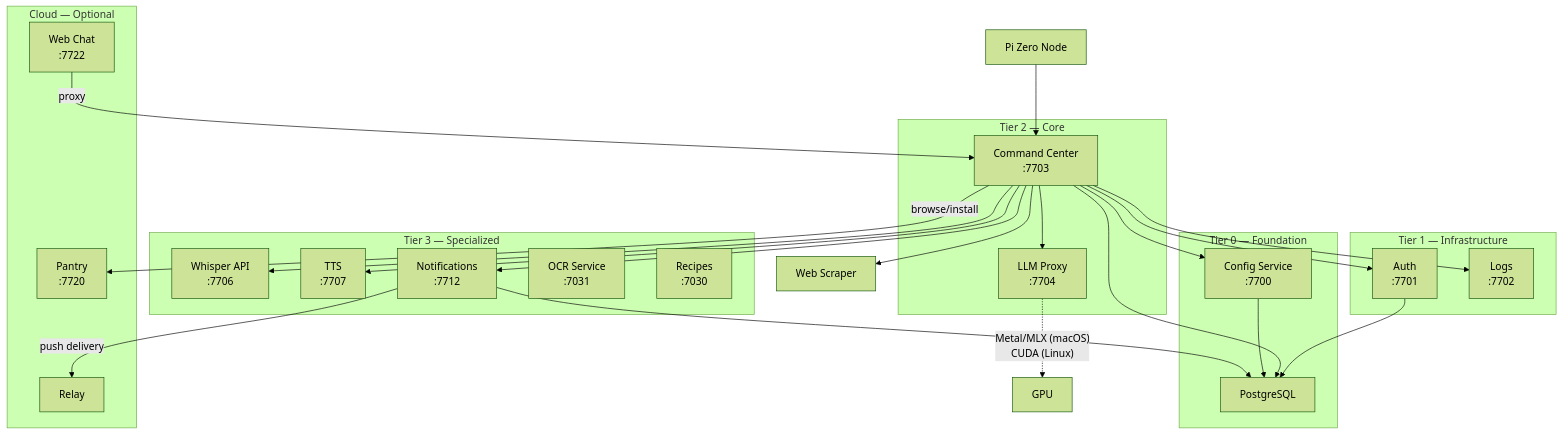
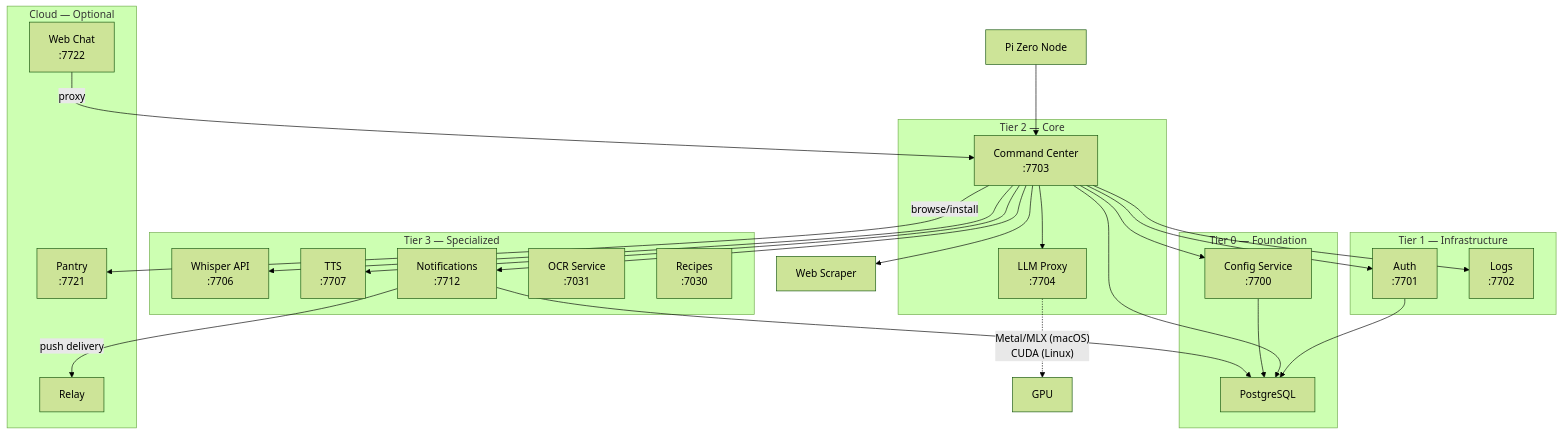
Before and after one commit to alexberardi/jarvis-docs: the first of 2 diagrams in docs/architecture/index.md, drawn with Mermaid (forest theme). The commit also changed other lines of this file and 49 other files, not shown here.

````diff
--- a/docs/architecture/index.md
+++ b/docs/architecture/index.md
@@ -7,52 +7,52 @@
 ```mermaid
 graph TD
     Node["Pi Zero Node"] --> CC["Command Center<br/>:7703"]
     CC --> Auth["Auth<br/>:7701"]
     CC --> Config["Config Service<br/>:7700"]
     CC --> Logs["Logs<br/>:7702"]
     CC --> LLM["LLM Proxy<br/>:7704"]
     CC --> Whisper["Whisper API<br/>:7706"]
     CC --> TTS["TTS<br/>:7707"]
     CC --> Notify["Notifications<br/>:7712"]
     CC --> Scraper["Web Scraper"]
 
     LLM -.->|"Metal/MLX (macOS)<br/>CUDA (Linux)"| GPU["GPU"]
 
     Auth --> PG["PostgreSQL"]
     CC --> PG
     Config --> PG
     Notify --> PG
 
     subgraph "Tier 0 — Foundation"
         Config
         PG
     end
 
     subgraph "Tier 1 — Infrastructure"
         Auth
         Logs
     end
 
     subgraph "Tier 2 — Core"
         CC
         LLM
     end
 
     subgraph "Tier 3 — Specialized"
         Whisper
         TTS
         Notify
         OCR["OCR Service<br/>:7031"]
         Recipes["Recipes<br/>:7030"]
     end
 
     subgraph "Cloud — Optional"
-        Pantry["Pantry<br/>:7720"]
+        Pantry["Pantry<br/>:7721"]
         Relay["Relay"]
         Web["Web Chat<br/>:7722"]
     end
 
     Notify -->|push delivery| Relay
     CC -->|browse/install| Pantry
     Web -->|proxy| CC
 ```
````
